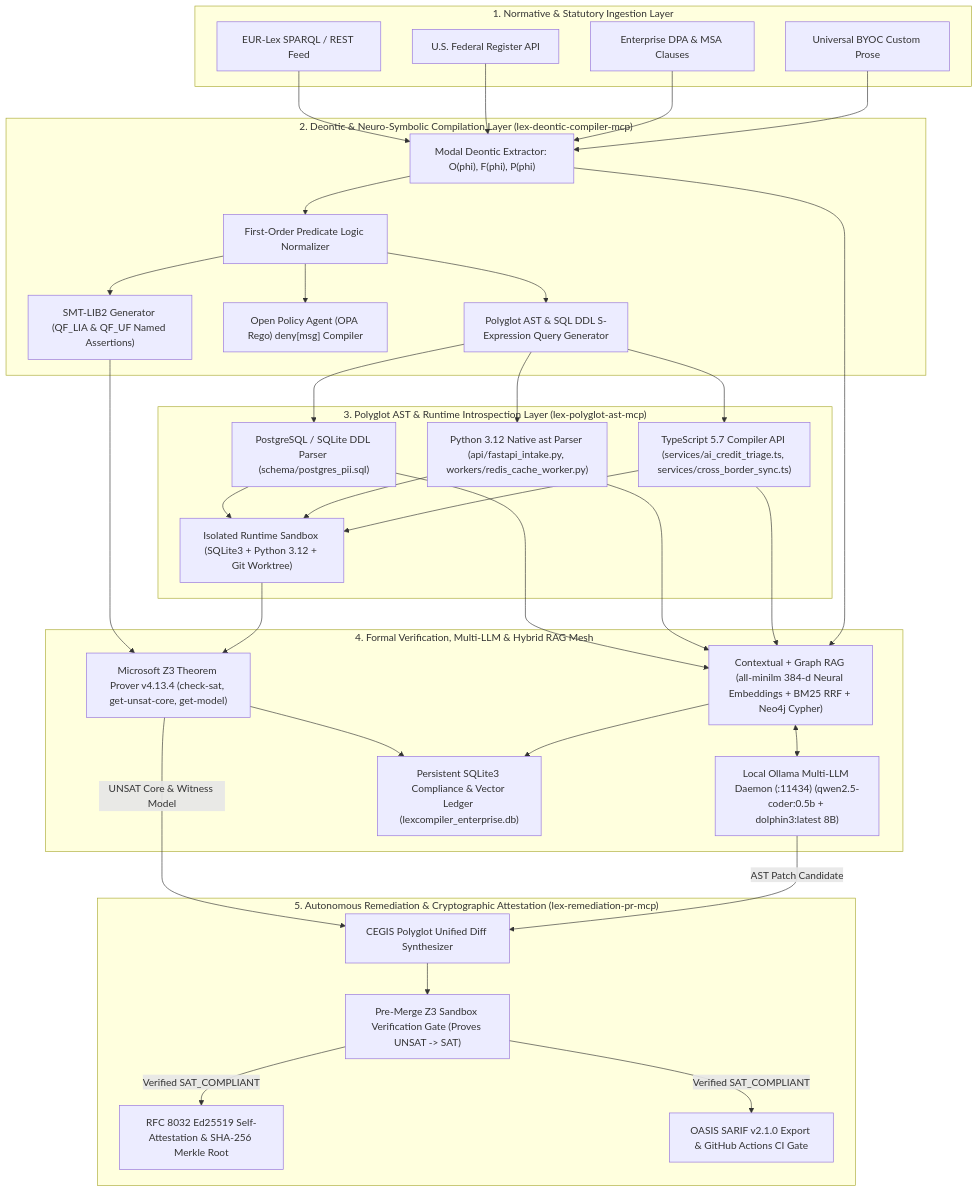
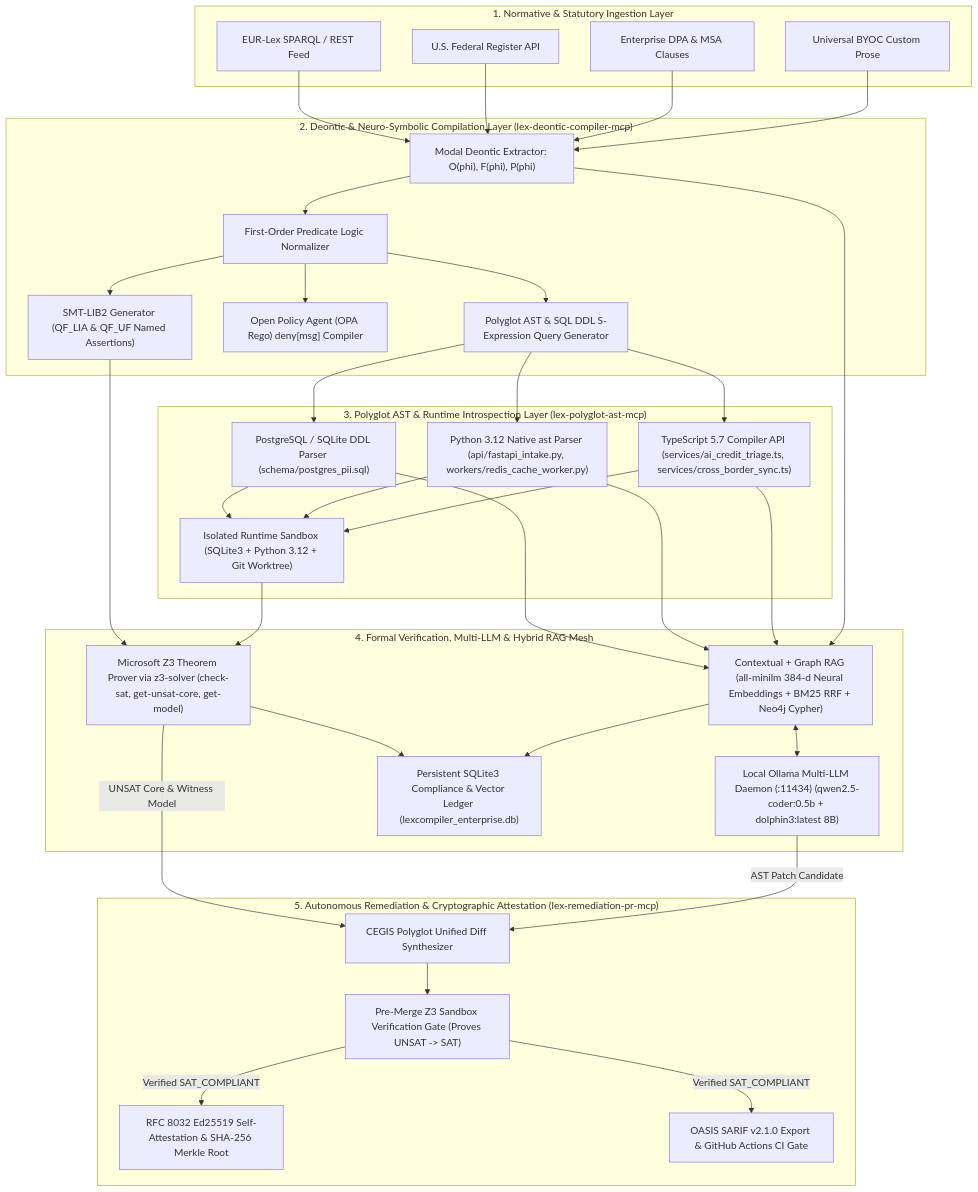
Before and after one commit to MRSHAKILS/LexCompiler: the diagram in README.md, drawn with Mermaid. The commit also changed other lines of this file and 8 other files, not shown here.

````diff
--- a/README.md
+++ b/README.md
@@ -24,55 +24,55 @@
 ```mermaid
 flowchart TB
     subgraph L1["1. Normative & Statutory Ingestion Layer"]
         EUR["EUR-Lex SPARQL / REST Feed"]
         FED["U.S. Federal Register API"]
         DPA["Enterprise DPA & MSA Clauses"]
         BYOC["Universal BYOC Custom Prose"]
     end
 
     subgraph L2["2. Deontic & Neuro-Symbolic Compilation Layer (lex-deontic-compiler-mcp)"]
         DEONTIC["Modal Deontic Extractor: O(phi), F(phi), P(phi)"]
         FOL["First-Order Predicate Logic Normalizer"]
         SMT["SMT-LIB2 Generator (QF_LIA & QF_UF Named Assertions)"]
         REGO["Open Policy Agent (OPA Rego) deny[msg] Compiler"]
         ASTQ["Polyglot AST & SQL DDL S-Expression Query Generator"]
     end
 
     subgraph L3["3. Polyglot AST & Runtime Introspection Layer (lex-polyglot-ast-mcp)"]
         SQL["PostgreSQL / SQLite DDL Parser (schema/postgres_pii.sql)"]
         PY["Python 3.12 Native ast Parser (api/fastapi_intake.py, workers/redis_cache_worker.py)"]
         TS["TypeScript 5.7 Compiler API (services/ai_credit_triage.ts, services/cross_border_sync.ts)"]
         SANDBOX["Isolated Runtime Sandbox (SQLite3 + Python 3.12 + Git Worktree)"]
     end
 
     subgraph L4["4. Formal Verification, Multi-LLM & Hybrid RAG Mesh"]
-        Z3["Microsoft Z3 Theorem Prover v4.13.4 (check-sat, get-unsat-core, get-model)"]
+        Z3["Microsoft Z3 Theorem Prover via z3-solver (check-sat, get-unsat-core, get-model)"]
         RAG["Contextual + Graph RAG (all-minilm 384-d Neural Embeddings + BM25 RRF + Neo4j Cypher)"]
         LLM["Local Ollama Multi-LLM Daemon (:11434) (qwen2.5-coder:0.5b + dolphin3:latest 8B)"]
         LEDGER["Persistent SQLite3 Compliance & Vector Ledger (lexcompiler_enterprise.db)"]
     end
 
     subgraph L5["5. Autonomous Remediation & Cryptographic Attestation (lex-remediation-pr-mcp)"]
         CEGIS["CEGIS Polyglot Unified Diff Synthesizer"]
         GATE["Pre-Merge Z3 Sandbox Verification Gate (Proves UNSAT -> SAT)"]
         CERT["RFC 8032 Ed25519 Self-Attestation & SHA-256 Merkle Root"]
         SARIF["OASIS SARIF v2.1.0 Export & GitHub Actions CI Gate"]
     end
 
     EUR & FED & DPA & BYOC --> DEONTIC
     DEONTIC --> FOL
     FOL --> SMT & REGO & ASTQ
     ASTQ --> SQL & PY & TS
     SQL & PY & TS --> SANDBOX
     SMT --> Z3
     SANDBOX --> Z3
     SQL & PY & TS --> RAG
     DEONTIC --> RAG
     RAG <--> LLM
     Z3 --> LEDGER
     RAG --> LEDGER
     Z3 -- "UNSAT Core & Witness Model" --> CEGIS
     LLM -- "AST Patch Candidate" --> CEGIS
     CEGIS --> GATE
     GATE -- "Verified SAT_COMPLIANT" --> CERT & SARIF
 ```
````
